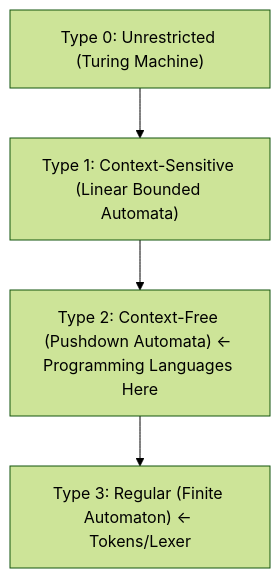
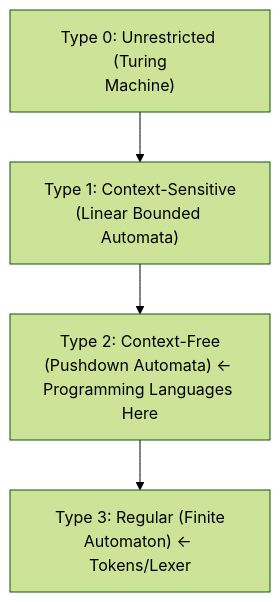
The diagram in 02-Semester-VI/CS-354-MJ-T-Compiler-Construction/Unit-1.md (amitdevx/TY), drawn with Mermaid (forest theme) before and after one commit. The commit also changed 65 other files, not shown here.

Commit message:
fix:graph vertical

````diff
--- a/02-Semester-VI/CS-354-MJ-T-Compiler-Construction/Unit-1.md
+++ b/02-Semester-VI/CS-354-MJ-T-Compiler-Construction/Unit-1.md
@@ -306,11 +306,11 @@
 ```mermaid
 graph TD
-  Type0["Type 0: Unrestricted (Turing Machine)"]
-  Type1["Type 1: Context-Sensitive (Linear Bounded Automata)"]
-  Type2["Type 2: Context-Free (Pushdown Automata) ← Programming Languages Here"]
-  Type3["Type 3: Regular (Finite Automaton) ← Tokens/Lexer"]
+  Type0["Type 0: Unrestricted (Turing<br/>Machine)"]
+  Type1["Type 1: Context-Sensitive<br/>(Linear Bounded Automata)"]
+  Type2["Type 2: Context-Free<br/>(Pushdown Automata) ← Programming Languages Here"]
+  Type3["Type 3: Regular (Finite<br/>Automaton) ← Tokens/Lexer"]
 
   Type0 --> Type1
   Type1 --> Type2
   Type2 --> Type3
 ```
````
